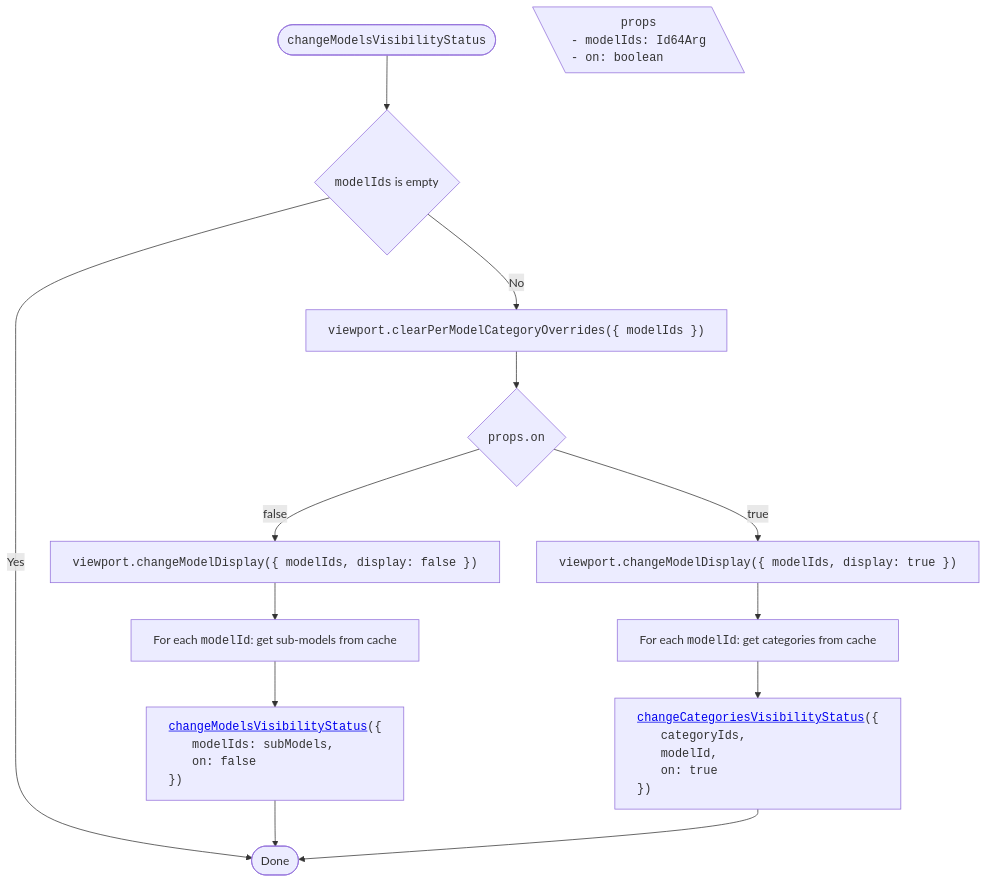
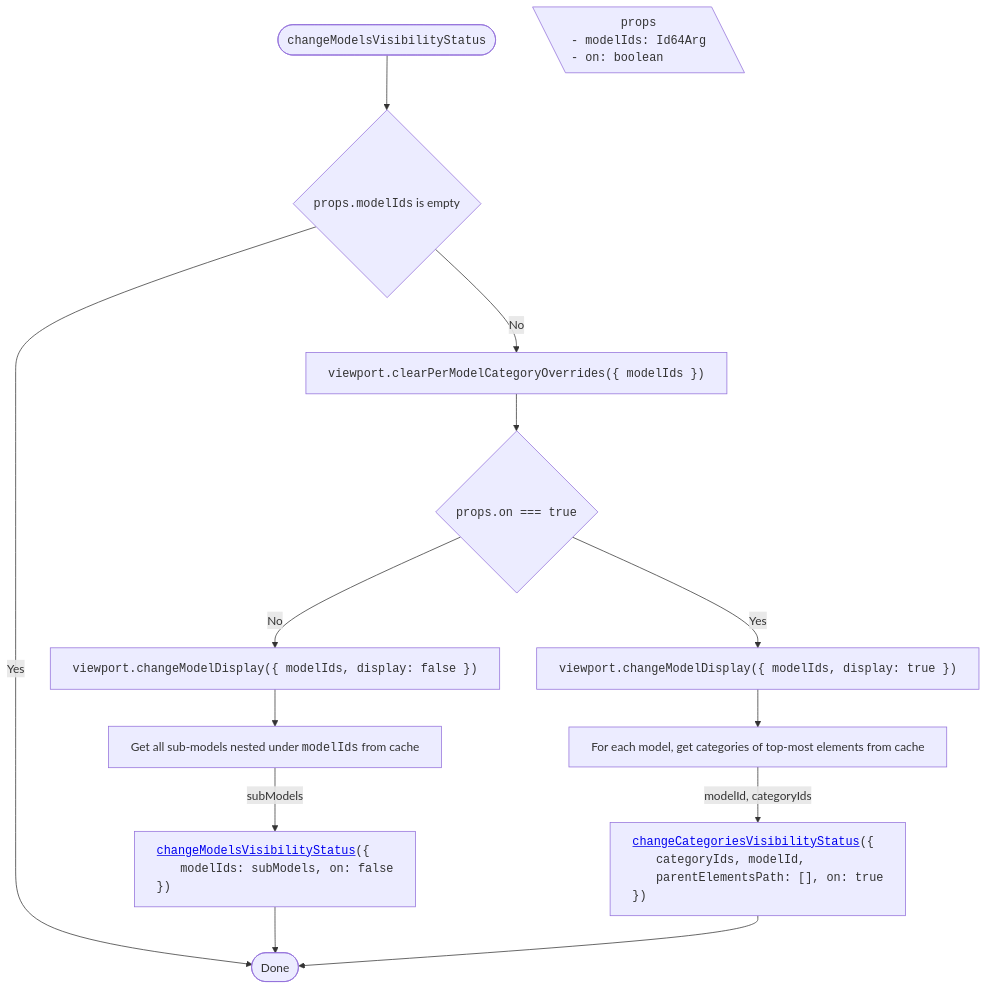
Before and after one commit to iTwin/viewer-components-react: diagram 11 of 17 in packages/itwin/tree-widget/docs/SharedVisibilityHandling.md, drawn with Mermaid. The commit also changed other lines of this file and 4 other files, not shown here.

First line of the commit message:
[Tree widget]: update mermaid diagrams on `next` (#1744)

````diff
--- a/packages/itwin/tree-widget/docs/SharedVisibilityHandling.md
+++ b/packages/itwin/tree-widget/docs/SharedVisibilityHandling.md
@@ -512,43 +459,38 @@
 ```mermaid
 ---
 config:
   flowchart:
     wrappingWidth: 750
     useMaxWidth: false
 ---
 
 flowchart TD
   RESULT_Done([Done])
 
   %% Start
-  TITLE(["<span style='font-family: monospace;'>changeModelsVisibilityStatus</span>"]) --> A{"<span style='font-family: monospace;'>modelIds</span> is empty"}
+  TITLE(["<span style='font-family: monospace;'>changeModelsVisibilityStatus</span>"]) --> A{"<span style='font-family: monospace;'>props.modelIds</span> is empty"}
 
   PROPS[\"
     <span style='font-family: monospace;'>props</span>
     <span style='display: block; text-align: left; font-family: monospace;'>- modelIds: Id64Arg<br/>- on: boolean</span>
   "\]
 
   A -- Yes --> RESULT_Done
   A -- No --> B["<span style='font-family: monospace;'>viewport.clearPerModelCategoryOverrides({ modelIds })</span>"]
+  B --> C{"<span style='font-family: monospace;'>props.on === true</span>"}
 
-  B --> C{"<span style='font-family: monospace;'>props.on</span>"}
+  C -- No --> D["<span style='font-family: monospace;'>viewport.changeModelDisplay({ modelIds, display: false })</span>"]
+  D --> D1["Get all sub-models nested under <span style='font-family: monospace;'>modelIds</span> from cache"]
+  D1 -- subModels --> D2["<div style='text-align: left; font-family: monospace;'><a href='#changemodelsvisibilitystatus'>changeModelsVisibilityStatus</a>({
+    <span style='padding-left: 2rem;'>modelIds: subModels, on: false</span>
+    })</div>"]
+  D2 --> RESULT_Done
 
-  %% Branch off
-  C -- false --> D["<span style='font-family: monospace;'>viewport.changeModelDisplay({ modelIds, display: false })</span>"]
-  D --> E["For each <span style='font-family: monospace;'>modelId</span>: get sub-models from cache"]
-  E --> F["<div style='text-align: left; font-family: monospace;'><a href='#changemodelsvisibilitystatus'>changeModelsVisibilityStatus</a>({
-    <span style='padding-left: 2rem;'>modelIds: subModels,</span>
-    <span style='padding-left: 2rem;'>on: false</span>
+  C -- Yes --> E["<span style='font-family: monospace;'>viewport.changeModelDisplay({ modelIds, display: true })</span>"]
+  E --> E1["For each model, get categories of top-most elements from cache"]
+  E1 -- "modelId, categoryIds" --> E2["<div style='text-align: left; font-family: monospace;'><a href='#changecategoriesvisibilitystatus'>changeCategoriesVisibilityStatus</a>({
+    <span style='padding-left: 2rem;'>categoryIds, modelId,</span>
+    <span style='padding-left: 2rem;'>parentElementsPath: [], on: true</span>
     })</div>"]
-  F --> RESULT_Done
-
-  %% Branch on
-  C -- true --> G["<span style='font-family: monospace;'>viewport.changeModelDisplay({ modelIds, display: true })</span>"]
-  G --> H["For each <span style='font-family: monospace;'>modelId</span>: get categories from cache"]
-  H --> I["<div style='text-align: left; font-family: monospace;'><a href='#changecategoriesvisibilitystatus'>changeCategoriesVisibilityStatus</a>({
-    <span style='padding-left: 2rem;'>categoryIds,</span>
-    <span style='padding-left: 2rem;'>modelId,</span>
-    <span style='padding-left: 2rem;'>on: true</span>
-    })</div>"]
-  I --> RESULT_Done
+  E2 --> RESULT_Done
 ```
````
